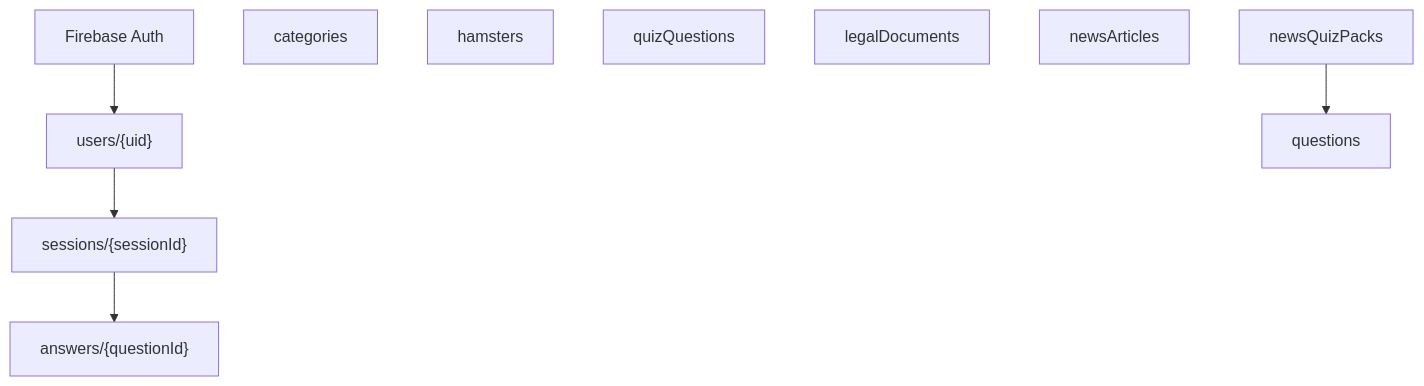
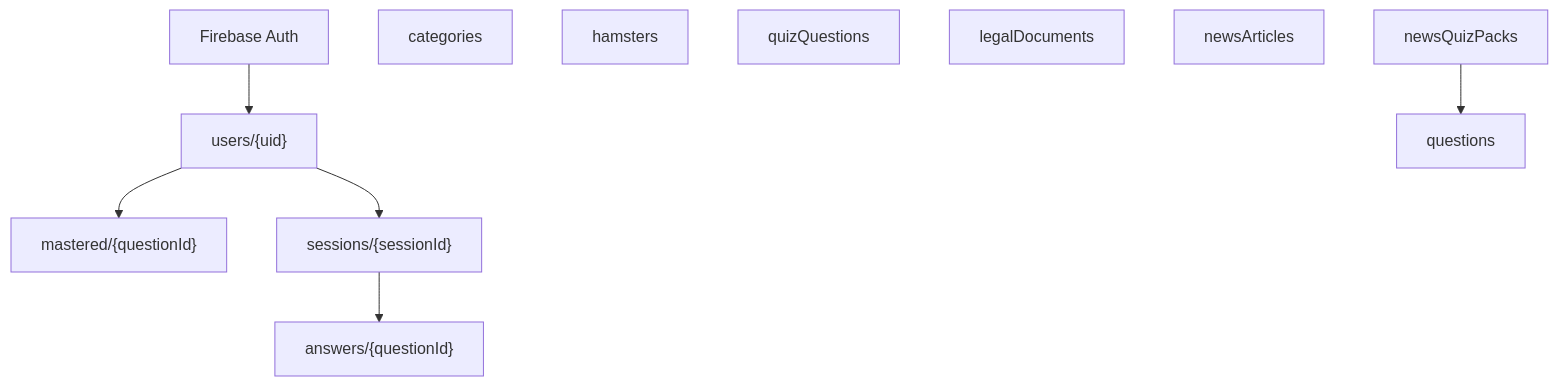
Before and after one commit to gayun829/hamfinz: the diagram in docs/database/backend-schema.md, drawn with Mermaid. The commit also changed other lines of this file, not shown here.

First line of the commit message:
Document mastered subcollection for per-user quiz exclusion.

````diff
--- a/docs/database/backend-schema.md
+++ b/docs/database/backend-schema.md
@@ -77,16 +78,17 @@
 ```mermaid
 flowchart TB
   auth[Firebase Auth]
   auth --> users["users/{uid}"]
+  users --> mastered["mastered/{questionId}"]
   users --> sessions["sessions/{sessionId}"]
   sessions --> answers["answers/{questionId}"]
 
   cats[categories]
   ham[hamsters]
   qs[quizQuestions]
   legal[legalDocuments]
 
   news[newsArticles]
   packs[newsQuizPacks]
   packs --> nq[questions]
 ```
````
